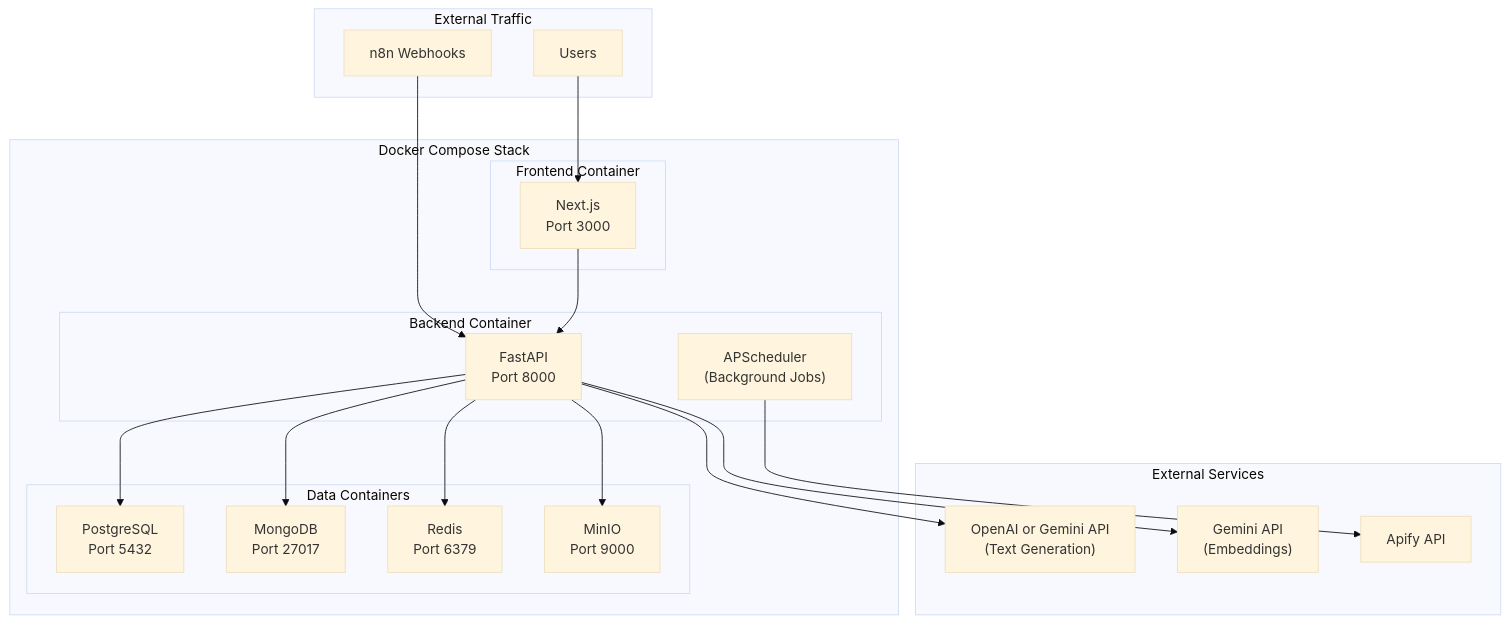
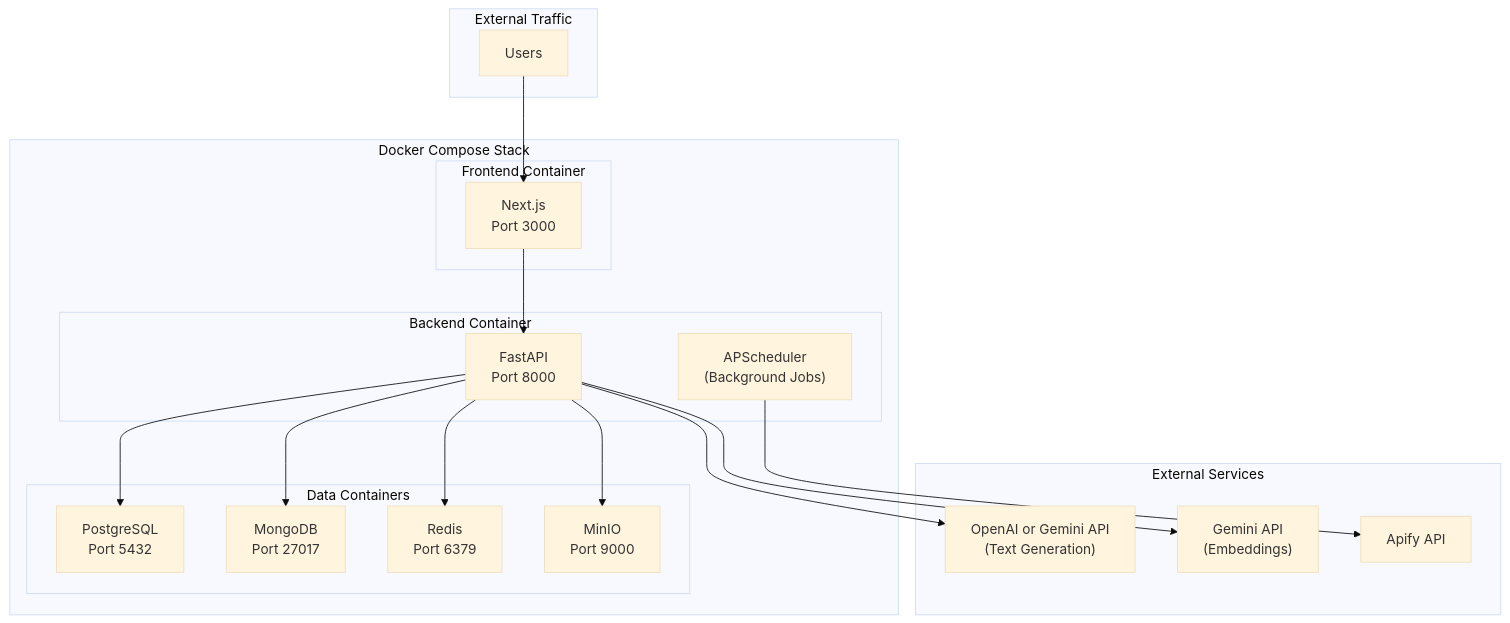
Before and after one commit to Sungchunn/AI-Resume-Tailor: diagram 33 of 33 in docs/architecture/system-architecture.md, drawn with Mermaid (base theme). The commit also changed other lines of this file and 6 other files, not shown here.

````diff
--- a/docs/architecture/system-architecture.md
+++ b/docs/architecture/system-architecture.md
@@ -1933,44 +1908,42 @@
 ```mermaid
 flowchart TB
     subgraph External["External Traffic"]
         Users["Users"]
-        N8N["n8n Webhooks"]
     end
 
     subgraph Docker["Docker Compose Stack"]
         subgraph Frontend_C["Frontend Container"]
             NextJS["Next.js<br/>Port 3000"]
         end
 
         subgraph Backend_C["Backend Container"]
             FastAPI["FastAPI<br/>Port 8000"]
             APScheduler["APScheduler<br/>(Background Jobs)"]
         end
 
         subgraph Data_C["Data Containers"]
             PostgreSQL["PostgreSQL<br/>Port 5432"]
             MongoDB["MongoDB<br/>Port 27017"]
             Redis["Redis<br/>Port 6379"]
             MinIO["MinIO<br/>Port 9000"]
         end
     end
 
     subgraph External_Services["External Services"]
         AIProvider["OpenAI or Gemini API<br/>(Text Generation)"]
         GeminiEmbed["Gemini API<br/>(Embeddings)"]
         Apify["Apify API"]
     end
 
     Users --> NextJS
-    N8N --> FastAPI
     NextJS --> FastAPI
 
     FastAPI --> PostgreSQL
     FastAPI --> MongoDB
     FastAPI --> Redis
     FastAPI --> MinIO
 
     FastAPI --> AIProvider
     FastAPI --> GeminiEmbed
     APScheduler --> Apify
 ```
````
